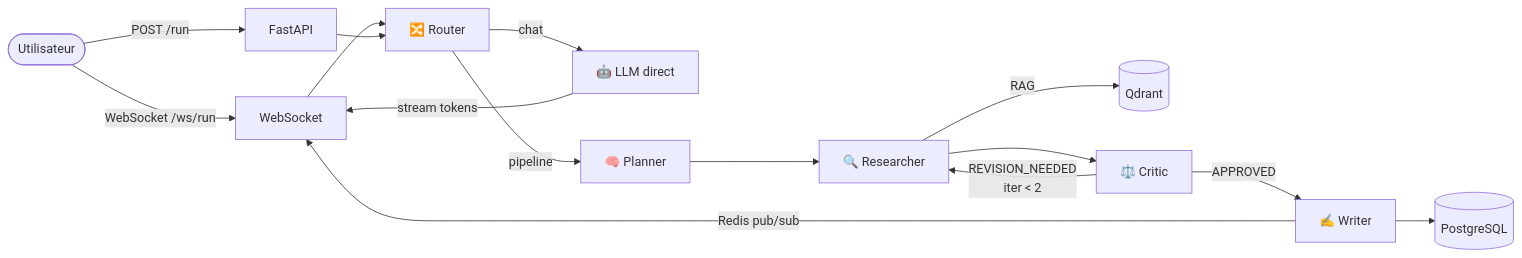
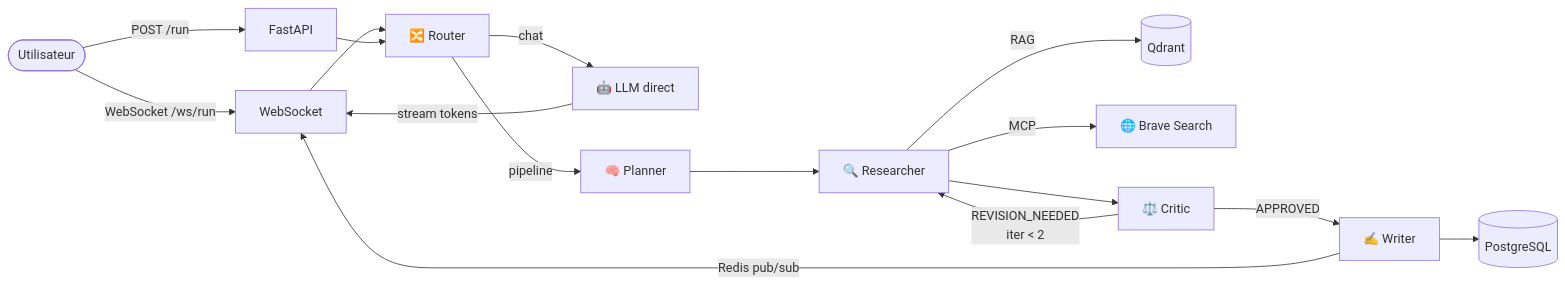
The diagram in README.md (SeydinaBANE/multi-agent-system), drawn with Mermaid before and after one commit. The commit also changed other lines of this file and 1 other file, not shown here.

First line of the commit message:
docs: mise à jour README et CLAUDE.md — intégration MCP Brave Search

````diff
--- a/README.md
+++ b/README.md
@@ -24,22 +25,23 @@
 ```mermaid
 graph LR
     U([Utilisateur]) -->|WebSocket /ws/run| WS[WebSocket]
     U -->|POST /run| API[FastAPI]
 
     WS --> RT[🔀 Router]
     API --> RT
 
     RT -->|chat| LLM[🤖 LLM direct]
     RT -->|pipeline| PL[🧠 Planner]
 
     PL --> RE[🔍 Researcher]
     RE -->|RAG| QD[(Qdrant)]
+    RE -->|MCP| BS[🌐 Brave Search]
     RE --> CR[⚖️ Critic]
 
     CR -->|REVISION_NEEDED\niter < 2| RE
     CR -->|APPROVED| WR[✍️ Writer]
 
     LLM -->|stream tokens| WS
     WR --> DB[(PostgreSQL)]
     WR -->|Redis pub/sub| WS
 ```
````
